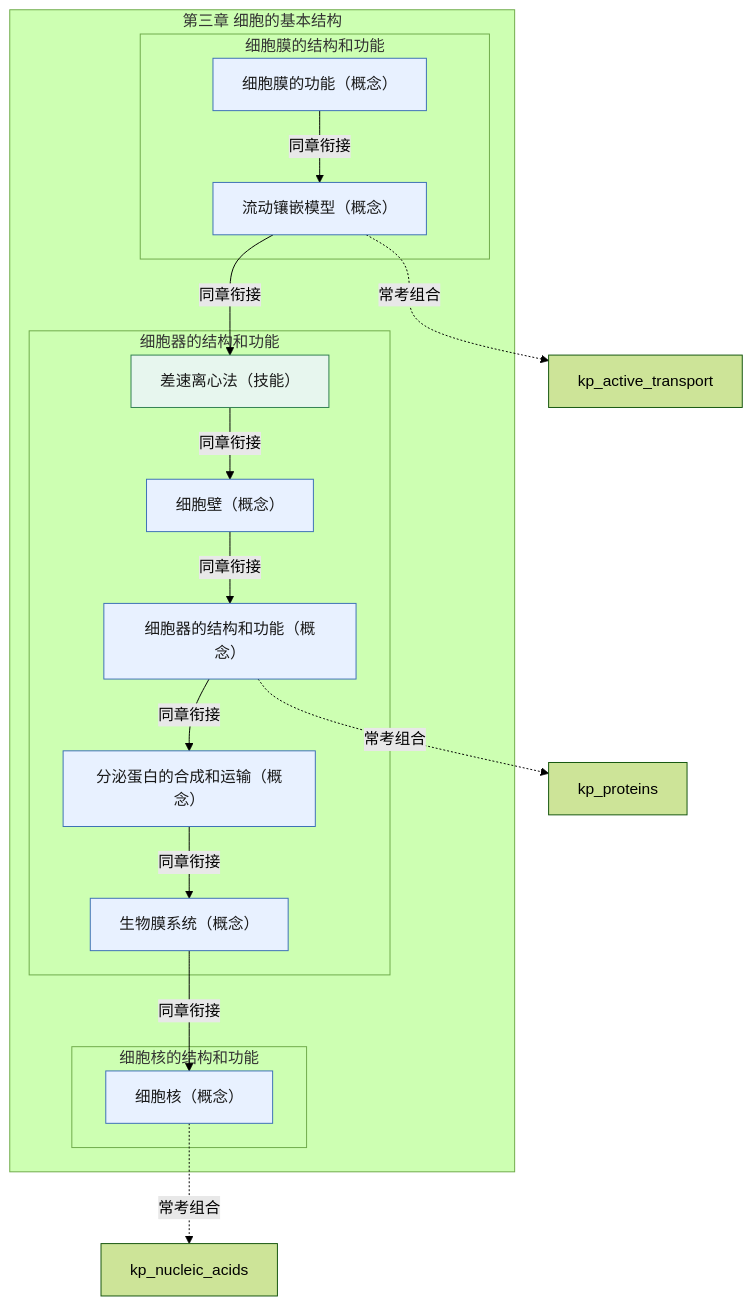
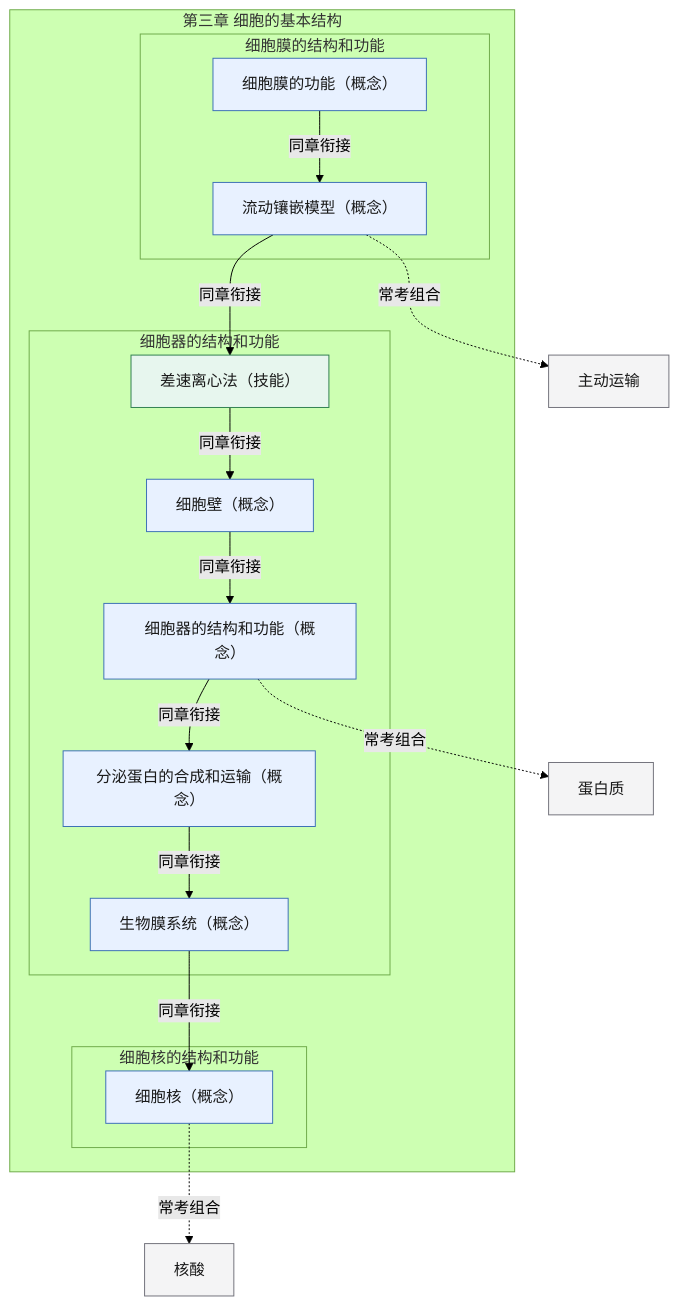
The diagram in skills/high-school-ai-tutor/references/pep-bio-bx1-ch3.md (lihenair/high-school-ai-tutor-skill), drawn with Mermaid (forest theme) before and after one commit. The commit also changed 20 other files, not shown here.

Commit message:
feat(graph): 跨章常考组合渲染为中文显示名（灰色外部节点），不再显示英文代号

````diff
--- a/skills/high-school-ai-tutor/references/pep-bio-bx1-ch3.md
+++ b/skills/high-school-ai-tutor/references/pep-bio-bx1-ch3.md
@@ -5,33 +5,33 @@
 ```mermaid
 flowchart TD
   classDef concept fill:#E8F1FF,stroke:#3B6FB6,color:#1A1A1A
   classDef skill fill:#E7F6EE,stroke:#2E7D4F,color:#1A1A1A
   classDef experiment fill:#FFF4E5,stroke:#C47B17,color:#1A1A1A
   classDef later fill:#F4F4F5,stroke:#71717A,color:#1A1A1A
   subgraph ch["第三章 细胞的基本结构"]
     subgraph s1["细胞膜的结构和功能"]
       kp_cell_membrane_functions["细胞膜的功能（概念）"]:::concept
       kp_fluid_mosaic["流动镶嵌模型（概念）"]:::concept
     end
     subgraph s2["细胞器的结构和功能"]
       kp_differential_centrifugation["差速离心法（技能）"]:::skill
       kp_cell_wall["细胞壁（概念）"]:::concept
       kp_organelles["细胞器的结构和功能（概念）"]:::concept
       kp_secretory_protein["分泌蛋白的合成和运输（概念）"]:::concept
       kp_biomembrane_system["生物膜系统（概念）"]:::concept
     end
     subgraph s3["细胞核的结构和功能"]
       kp_nucleus["细胞核（概念）"]:::concept
     end
   end
   kp_cell_membrane_functions -->|同章衔接| kp_fluid_mosaic
   kp_fluid_mosaic -->|同章衔接| kp_differential_centrifugation
   kp_differential_centrifugation -->|同章衔接| kp_cell_wall
   kp_cell_wall -->|同章衔接| kp_organelles
   kp_organelles -->|同章衔接| kp_secretory_protein
   kp_secretory_protein -->|同章衔接| kp_biomembrane_system
   kp_biomembrane_system -->|同章衔接| kp_nucleus
-  kp_fluid_mosaic -.->|常考组合| kp_active_transport
-  kp_organelles -.->|常考组合| kp_proteins
-  kp_nucleus -.->|常考组合| kp_nucleic_acids
+  kp_fluid_mosaic -.->|常考组合| kp_active_transport["主动运输"]:::later
+  kp_organelles -.->|常考组合| kp_proteins["蛋白质"]:::later
+  kp_nucleus -.->|常考组合| kp_nucleic_acids["核酸"]:::later
 ```
````
